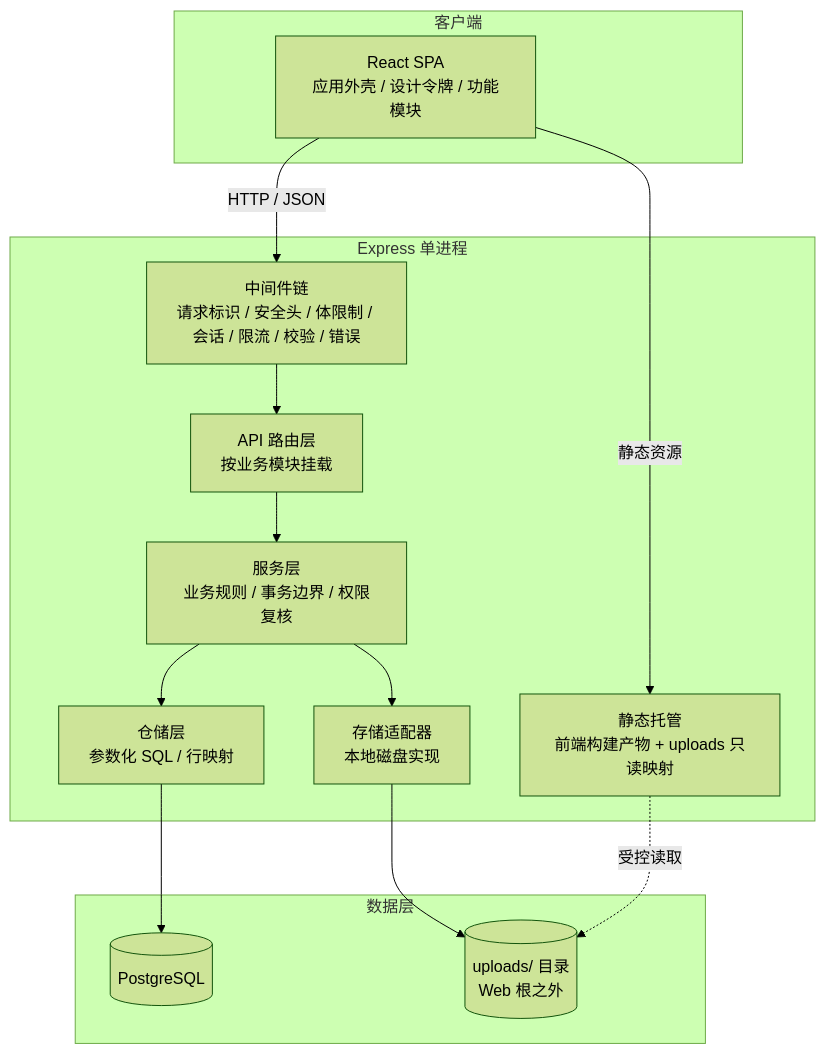
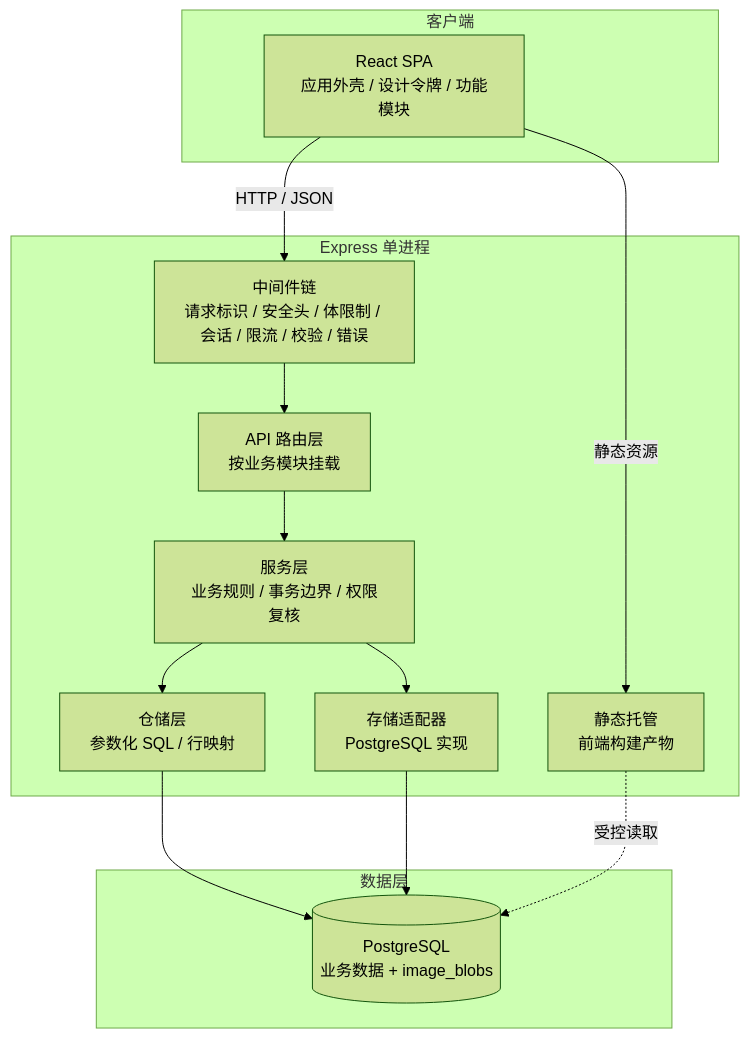
One commit to xiaoyu-hue/starpal changed the second of 6 diagrams in docs/ARCHITECTURE.md. Above: the diagram before and after it, drawn with Mermaid (forest theme). The commit also changed other lines of this file and 6 other files, not shown here.

````diff
--- a/docs/ARCHITECTURE.md
+++ b/docs/ARCHITECTURE.md
@@ -114,23 +114,22 @@
 ```mermaid
 flowchart TB
     subgraph Client["客户端"]
         SPA["React SPA<br/>应用外壳 / 设计令牌 / 功能模块"]
     end
     subgraph Server["Express 单进程"]
-        STATIC["静态托管<br/>前端构建产物 + uploads 只读映射"]
+        STATIC["静态托管<br/>前端构建产物"]
         MW["中间件链<br/>请求标识 / 安全头 / 体限制 / 会话 / 限流 / 校验 / 错误"]
         ROUTES["API 路由层<br/>按业务模块挂载"]
         SVC["服务层<br/>业务规则 / 事务边界 / 权限复核"]
         REPO["仓储层<br/>参数化 SQL / 行映射"]
-        ADAPTER["存储适配器<br/>本地磁盘实现"]
+        ADAPTER["存储适配器<br/>PostgreSQL 实现"]
     end
     subgraph Data["数据层"]
-        PG[("PostgreSQL")]
-        FILES[("uploads/ 目录<br/>Web 根之外")]
+        PG[("PostgreSQL<br/>业务数据 + image_blobs")]
     end
     SPA -->|"静态资源"| STATIC
     SPA -->|"HTTP / JSON"| MW
     MW --> ROUTES --> SVC --> REPO --> PG
-    SVC --> ADAPTER --> FILES
-    STATIC -.->|"受控读取"| FILES
+    SVC --> ADAPTER --> PG
+    STATIC -.->|"受控读取"| PG
 ```
````
